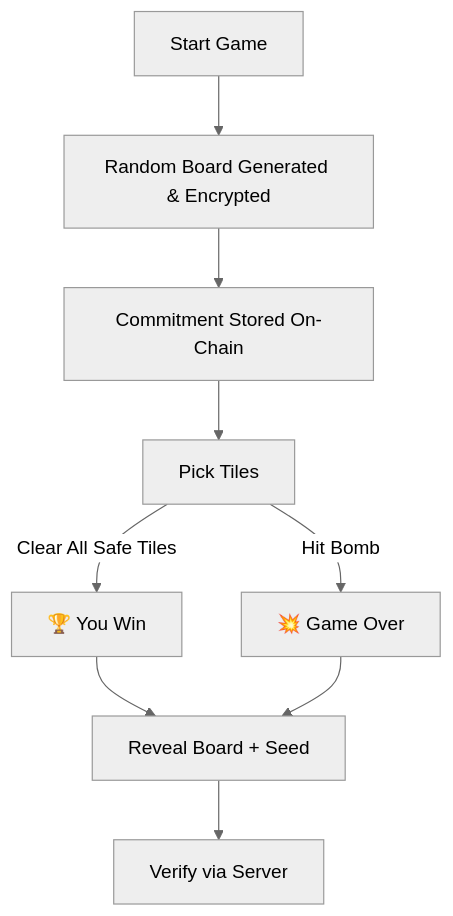
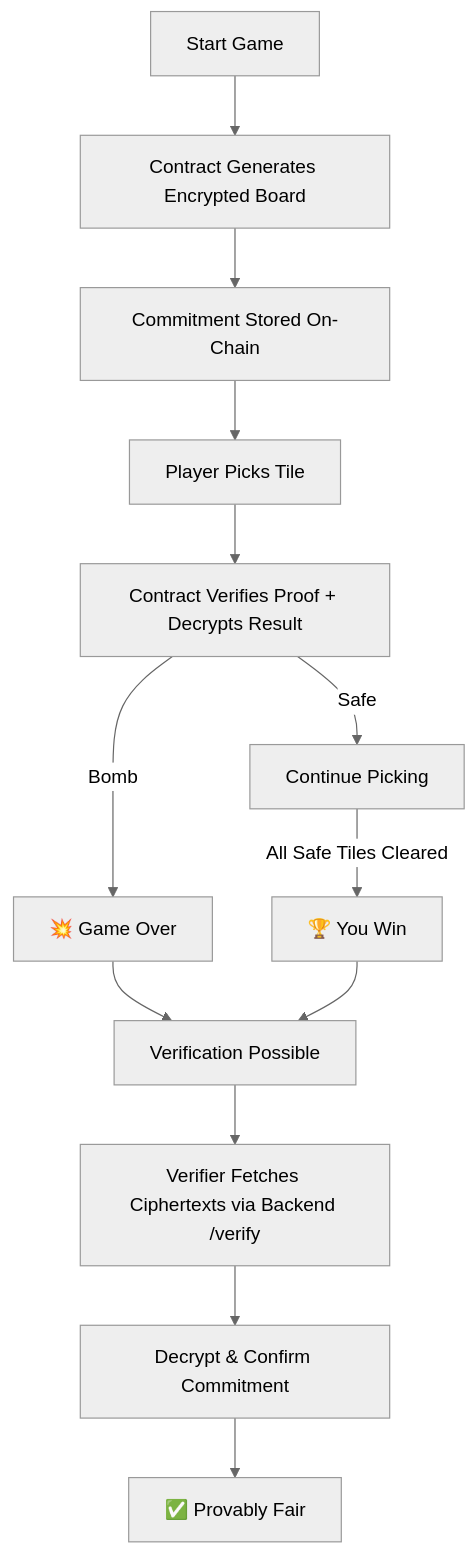
The first of 4 diagrams in README-flows.md (phamnhungoctuan/confidential-bomb), drawn with Mermaid (neutral theme) before and after one commit. The commit also changed other lines of this file and 4 other files, not shown here.

Commit message:
update game flow

`````diff
--- a/README-flows.md
+++ b/README-flows.md
@@ -12,11 +14,15 @@
 ```mermaid
 graph TD;
-    A[Start Game] --> B[Random Board Generated & Encrypted]
+    A[Start Game] --> B[Contract Generates Encrypted Board]
     B --> C[Commitment Stored On-Chain]
-    C --> D[Pick Tiles]
-    D -->|Hit Bomb| E[💥 Game Over]
-    D -->|Clear All Safe Tiles| F[🏆 You Win]
-    F --> G[Reveal Board + Seed]
-    G --> H[Verify via Server]
-    E --> G
-````
+    C --> D[Player Picks Tile]
+    D --> E[Contract Verifies Proof + Decrypts Result]
+    E -->|Bomb| F[💥 Game Over]
+    E -->|Safe| G[Continue Picking]
+    G -->|All Safe Tiles Cleared| H[🏆 You Win]
+    F --> I[Verification Possible]
+    H --> I
+    I --> J[Verifier Fetches Ciphertexts via Backend /verify]
+    J --> K[Decrypt & Confirm Commitment]
+    K --> L[✅ Provably Fair]
+```
`````
